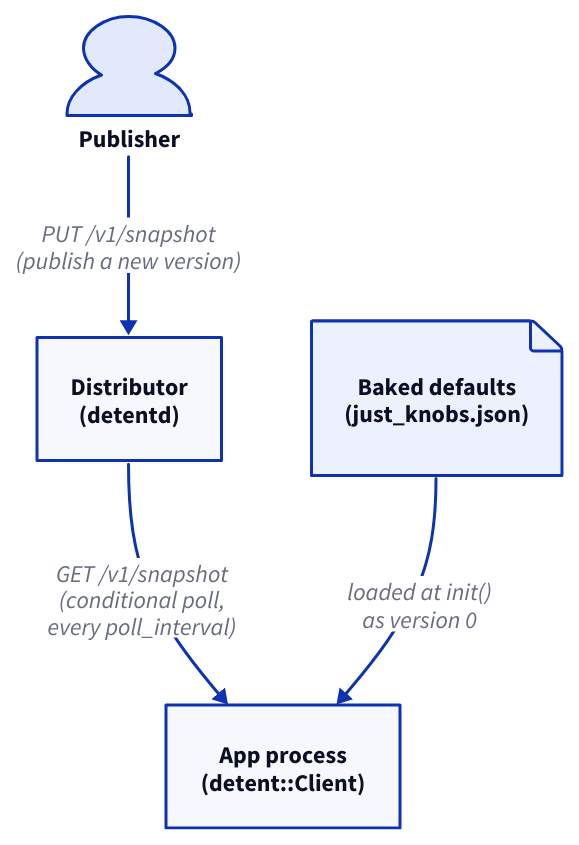
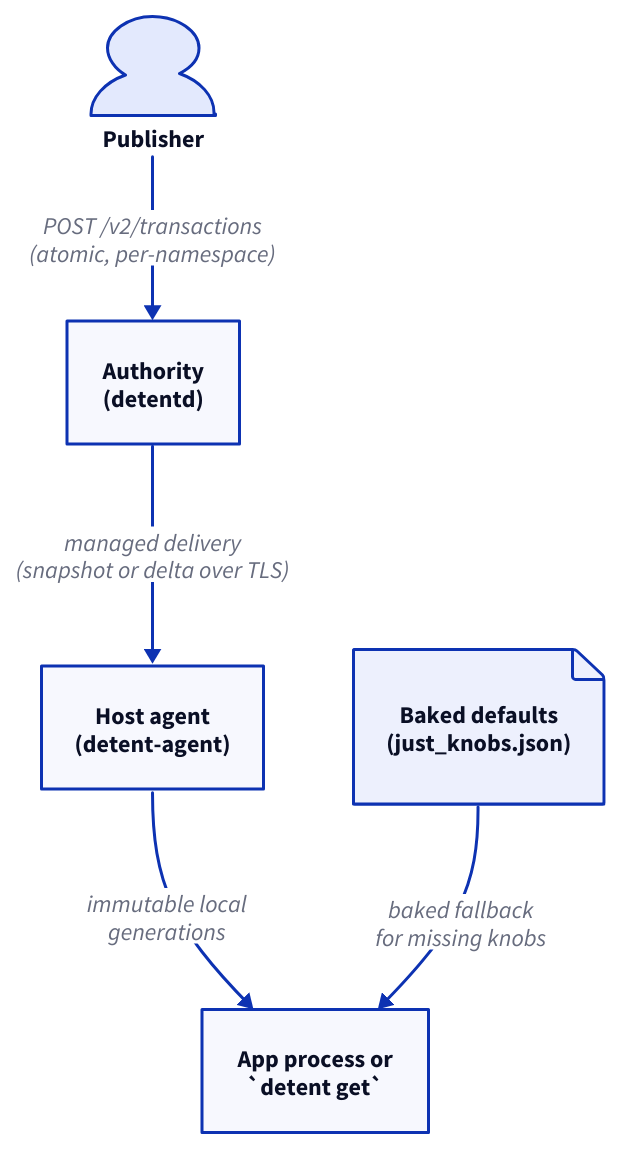
Before and after one commit to Kronuz/Detent: the diagram in diagrams/01_overview.d2, drawn with D2. The commit also changed 59 other files, not shown here.

```diff
--- a/diagrams/01_overview.d2
+++ b/diagrams/01_overview.d2
@@ -1,24 +1,29 @@
-# The top-level flow, deliberately minimal: three actors, no internals.
-# See 02_distributor_internals.d2, 03_gossip.d2, 04_read_path.d2, and
-# 05_update_path.d2 for what's inside each box.
+# The top-level flow, deliberately minimal: four actors, no internals.
+# See 04_read_path.d2, 05_update_path.d2 and 07_agent.d2 for what's inside
+# each box.
 direction: down
 
 publisher: Publisher {
   shape: person
 }
 
-distributor: Distributor\n(detentd) {
+authority: Authority\n(detentd) {
   shape: rectangle
 }
 
-client: App process\n(detent::Client) {
+agent: Host agent\n(detent-agent) {
+  shape: rectangle
+}
+
+reader: App process or\n`detent get` {
   shape: rectangle
 }
 
 defaults: Baked defaults\n(just_knobs.json) {
   shape: page
 }
 
-publisher -> distributor: "PUT /v1/snapshot\n(publish a new version)"
-distributor -> client: "GET /v1/snapshot\n(conditional poll,\nevery poll_interval)"
-defaults -> client: "loaded at init()\nas version 0"
+publisher -> authority: "POST /v2/transactions\n(atomic, per-namespace)"
+authority -> agent: "managed delivery\n(snapshot or delta over TLS)"
+agent -> reader: "immutable local\ngenerations"
+defaults -> reader: "baked fallback\nfor missing knobs"
```
